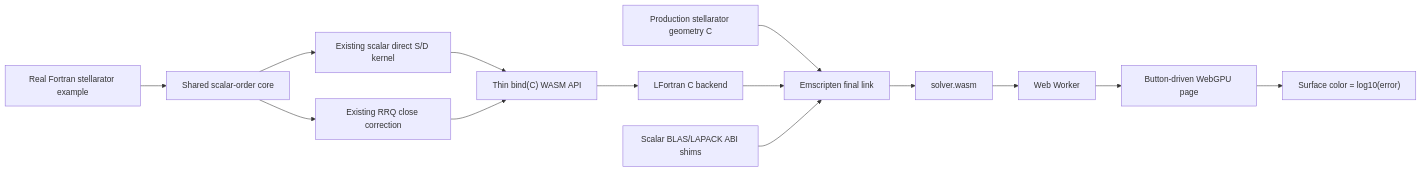
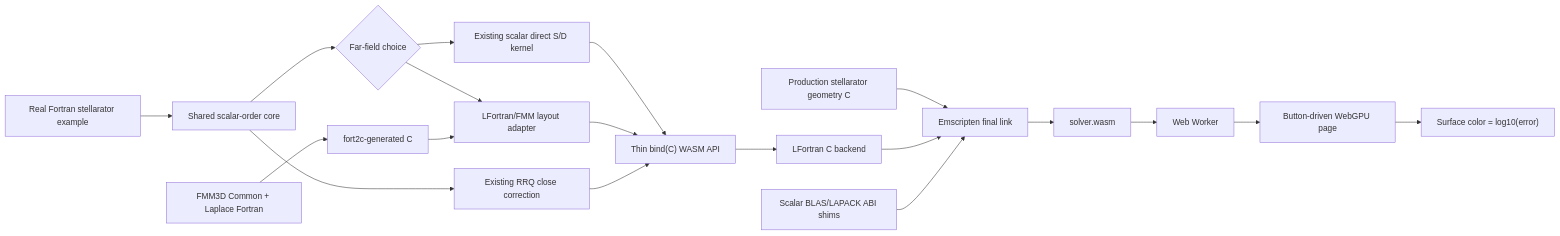
Before and after one commit to haiszhu/qotential: the diagram in web/stellarator/README.md, drawn with Mermaid. The commit also changed other lines of this file and 48 other files, not shown here.

````diff
--- a/web/stellarator/README.md
+++ b/web/stellarator/README.md
@@ -1,14 +1,18 @@
 ```mermaid
 flowchart LR
     F["Real Fortran stellarator example"] --> C["Shared scalar-order core"]
-    C --> D["Existing scalar direct S/D kernel"]
+    C --> K{"Far-field choice"}
+    K --> D["Existing scalar direct S/D kernel"]
+    K --> A["LFortran/FMM layout adapter"]
+    F3["FMM3D Common + Laplace Fortran"] --> F2C["fort2c-generated C"] --> A
     C --> R["Existing RRQ close correction"]
     D --> API["Thin bind(C) WASM API"]
+    A --> API
     R --> API
     G["Production stellarator geometry C"] --> EM["Emscripten final link"]
     API --> LC["LFortran C backend"] --> EM
     B["Scalar BLAS/LAPACK ABI shims"] --> EM
     EM --> W["solver.wasm"] --> WK["Web Worker"]
     WK --> UI["Button-driven WebGPU page"]
     UI --> E["Surface color = log10(error)"]
 ```
````
